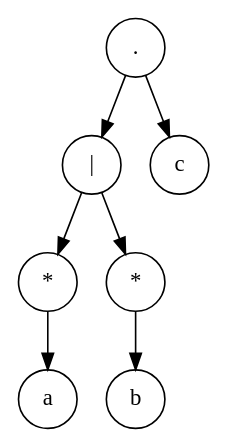
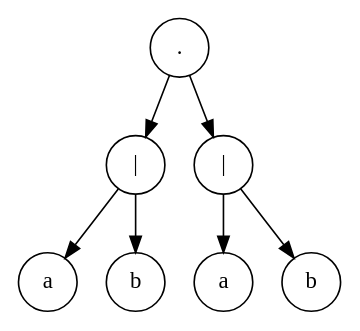
Before and after one commit to JoseGon20335/labC-lenguajes: the diagram in Tree.gv, drawn with Graphviz. The commit also changed 10 other files, not shown here.

```diff
--- a/Tree.gv
+++ b/Tree.gv
@@ -1,17 +1,17 @@
 // resultado
 digraph Tree {
 	graph [rankdir=TB]
-	2019410165136 [label="." shape=circle]
-	2019410164944 [label="|" shape=circle]
-	2019410164656 [label="*" shape=circle]
-	2019410164560 [label=a shape=circle]
-	2019410164656 -> 2019410164560
-	2019410164944 -> 2019410164656
-	2019410164848 [label="*" shape=circle]
-	2019410164752 [label=b shape=circle]
-	2019410164848 -> 2019410164752
-	2019410164944 -> 2019410164848
-	2019410165136 -> 2019410164944
-	2019410165040 [label=c shape=circle]
-	2019410165136 -> 2019410165040
+	1125992664416 [label="." shape=circle]
+	1125992664032 [label="|" shape=circle]
+	1125992663840 [label=a shape=circle]
+	1125992664032 -> 1125992663840
+	1125992663936 [label=b shape=circle]
+	1125992664032 -> 1125992663936
+	1125992664416 -> 1125992664032
+	1125992664320 [label="|" shape=circle]
+	1125992664128 [label=a shape=circle]
+	1125992664320 -> 1125992664128
+	1125992664224 [label=b shape=circle]
+	1125992664320 -> 1125992664224
+	1125992664416 -> 1125992664320
 }
```
